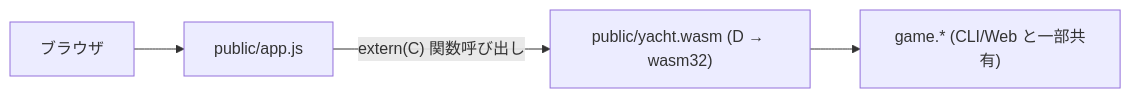
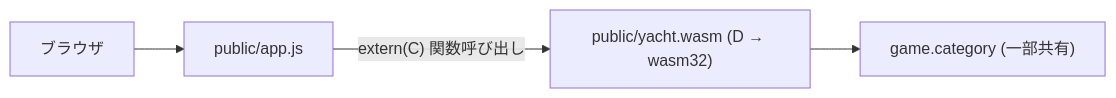
The diagram in docs/wasm.md (kip2/Yacht), drawn with Mermaid before and after one commit. The commit also changed other lines of this file and 5 other files, not shown here.

````diff
--- a/docs/wasm.md
+++ b/docs/wasm.md
@@ -39,11 +37,11 @@
 ```mermaid
 flowchart LR
     Browser["ブラウザ"]
     JS["public/app.js"]
     WASM["public/yacht.wasm (D → wasm32)"]
-    Domain["game.* (CLI/Web と一部共有)"]
+    Domain["game.category (一部共有)"]
 
     Browser --> JS
     JS -- "extern(C) 関数呼び出し" --> WASM
     WASM --> Domain
 ```
````
